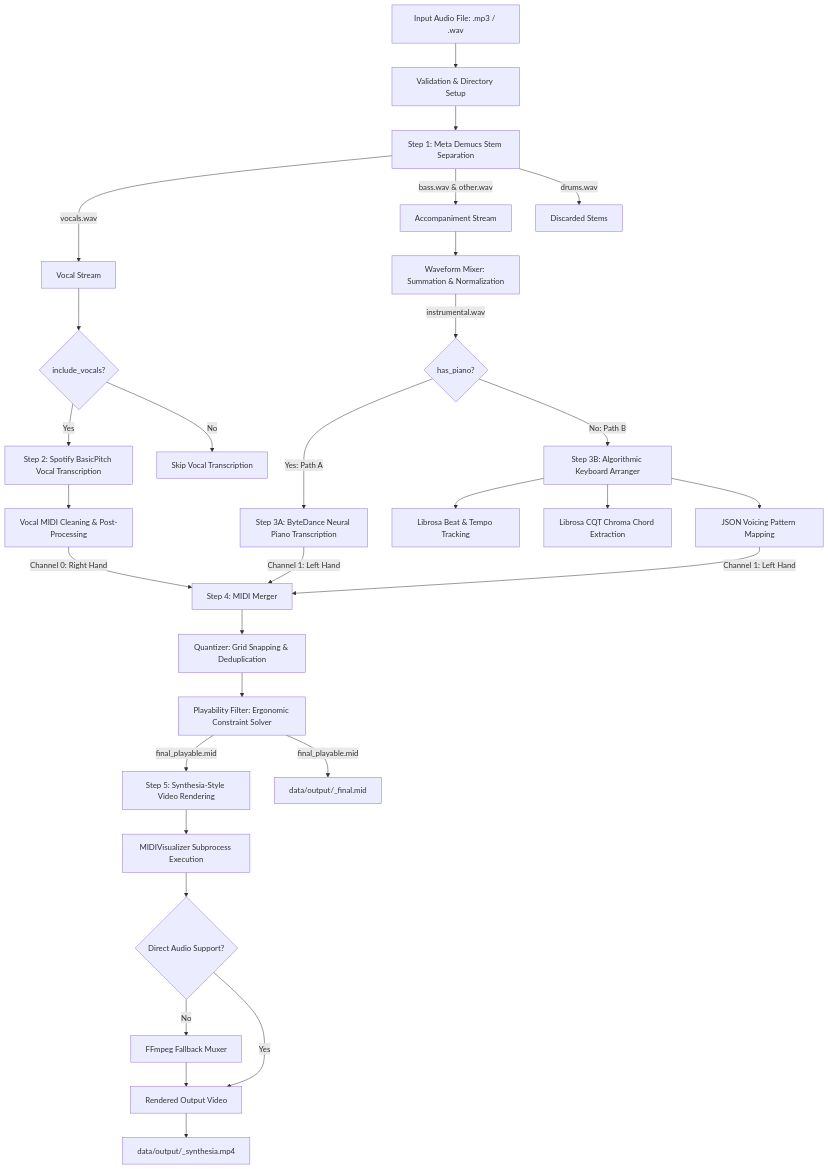
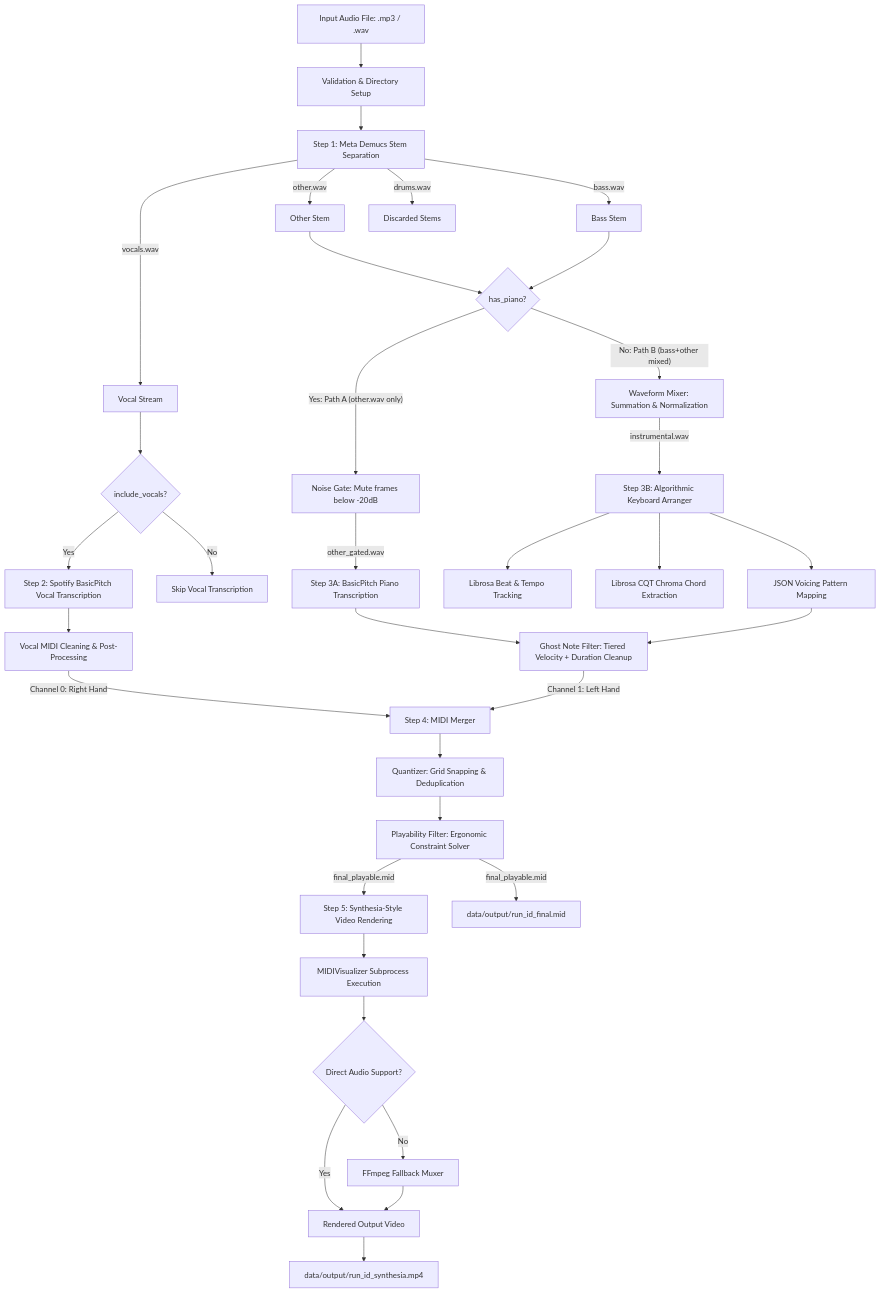
One commit to confusedjpeg/amt-piano-visualizer changed the diagram in PIPELINE_WORKFLOW.md. Above: the diagram before and after it, drawn with Mermaid. The commit also changed other lines of this file and 5 other files, not shown here.

````diff
--- a/PIPELINE_WORKFLOW.md
+++ b/PIPELINE_WORKFLOW.md
@@ -14,47 +14,55 @@
 ```mermaid
 graph TD
     A[Input Audio File: .mp3 / .wav] --> B[Validation & Directory Setup]
     B --> C[Step 1: Meta Demucs Stem Separation]
     
     %% Stems
     C -->|vocals.wav| D[Vocal Stream]
-    C -->|bass.wav & other.wav| E[Accompaniment Stream]
+    C -->|other.wav| E1[Other Stem]
+    C -->|bass.wav| E2[Bass Stem]
     C -->|drums.wav| F[Discarded Stems]
     
     %% Step 2: Vocal
     D --> G{include_vocals?}
     G -->|Yes| H[Step 2: Spotify BasicPitch Vocal Transcription]
     G -->|No| I[Skip Vocal Transcription]
     
-    %% Step 3: Accompaniment
-    E --> J[Waveform Mixer: Summation & Normalization]
-    J -->|instrumental.wav| K{has_piano?}
+    %% Step 3: Fork based on has_piano
+    E1 --> K{has_piano?}
+    E2 --> K
     
-    %% Step 3A/3B
-    K -->|Yes: Path A| L[Step 3A: ByteDance Neural Piano Transcription]
-    K -->|No: Path B| M[Step 3B: Algorithmic Keyboard Arranger]
+    %% Path A: Piano exists — use only other.wav
+    K -->|"Yes: Path A (other.wav only)"| NG[Noise Gate: Mute frames below -20dB]
+    NG -->|other_gated.wav| L[Step 3A: BasicPitch Piano Transcription]
+    
+    %% Path B: No piano — mix bass+other for chords
+    K -->|"No: Path B (bass+other mixed)"| J[Waveform Mixer: Summation & Normalization]
+    J -->|instrumental.wav| M[Step 3B: Algorithmic Keyboard Arranger]
     
     %% Path B Details
     M --> M1[Librosa Beat & Tempo Tracking]
     M --> M2[Librosa CQT Chroma Chord Extraction]
     M --> M3[JSON Voicing Pattern Mapping]
     
+    %% Ghost Note Cleanup
+    L --> GN[Ghost Note Filter: Tiered Velocity + Duration Cleanup]
+    M3 --> GN
+    
     %% Step 4: MIDI Processing
     H --> N[Vocal MIDI Cleaning & Post-Processing]
     N -->|Channel 0: Right Hand| O[Step 4: MIDI Merger]
-    L -->|Channel 1: Left Hand| O
-    M3 -->|Channel 1: Left Hand| O
+    GN -->|Channel 1: Left Hand| O
     
     O --> P[Quantizer: Grid Snapping & Deduplication]
     P --> Q[Playability Filter: Ergonomic Constraint Solver]
     Q -->|final_playable.mid| R[Step 5: Synthesia-Style Video Rendering]
     
     %% Step 5 Details
     R --> S[MIDIVisualizer Subprocess Execution]
     S --> T{Direct Audio Support?}
     T -->|No| U[FFmpeg Fallback Muxer]
     T -->|Yes| V[Rendered Output Video]
     U --> V
-    V --> W[data/output/<run_id>_synthesia.mp4]
-    Q -->|final_playable.mid| X[data/output/<run_id>_final.mid]
+    V --> W["data/output/run_id_synthesia.mp4"]
+    Q -->|final_playable.mid| X["data/output/run_id_final.mid"]
 ```
````
